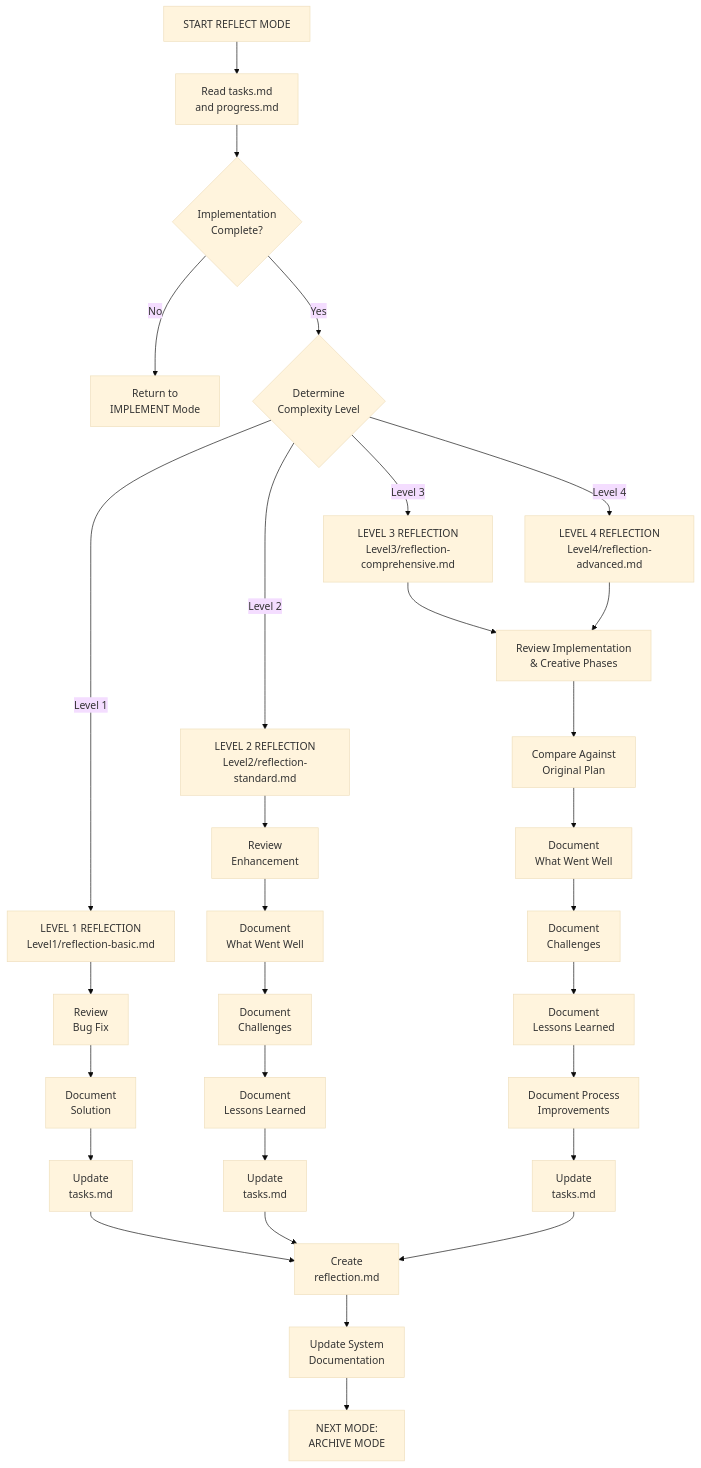
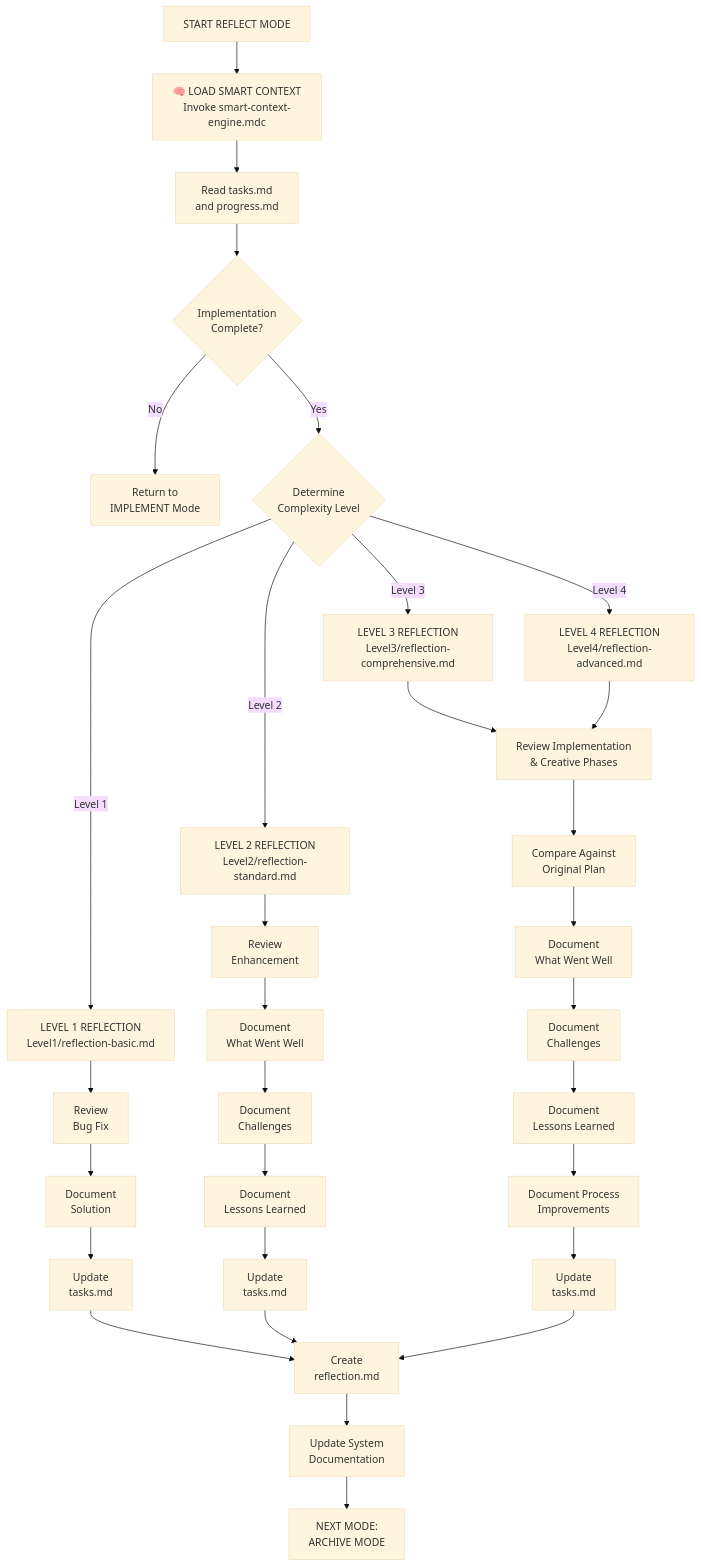
The first of 5 diagrams in .cursor/rules/isolation_rules/visual-maps/reflect-mode-map.mdc (joshmac007/fbo-launchpad-backend), drawn with Mermaid (base theme) before and after one commit. The commit also changed other lines of this file and 986 other files, not shown here.

````diff
--- a/.cursor/rules/isolation_rules/visual-maps/reflect-mode-map.mdc
+++ b/.cursor/rules/isolation_rules/visual-maps/reflect-mode-map.mdc
@@ -13,41 +12,42 @@
 ```mermaid
 graph TD
-    Start["START REFLECT MODE"] --> ReadTasks["Read tasks.md<br>and progress.md"]
+    Start["START REFLECT MODE"] --> SmartContextLoad["🧠 LOAD SMART CONTEXT<br>Invoke smart-context-engine.mdc"]
+    SmartContextLoad --> ReadTasks["Read tasks.md<br>and progress.md"]
     
     %% Initial Assessment
     ReadTasks --> VerifyImplement{"Implementation<br>Complete?"}
     VerifyImplement -->|"No"| ReturnImplement["Return to<br>IMPLEMENT Mode"]
     VerifyImplement -->|"Yes"| AssessLevel{"Determine<br>Complexity Level"}
     
     %% Level-Based Reflection
     AssessLevel -->|"Level 1"| L1Reflect["LEVEL 1 REFLECTION<br>Level1/reflection-basic.md"]
     AssessLevel -->|"Level 2"| L2Reflect["LEVEL 2 REFLECTION<br>Level2/reflection-standard.md"]
     AssessLevel -->|"Level 3"| L3Reflect["LEVEL 3 REFLECTION<br>Level3/reflection-comprehensive.md"]
     AssessLevel -->|"Level 4"| L4Reflect["LEVEL 4 REFLECTION<br>Level4/reflection-advanced.md"]
     
     %% Level 1 Reflection (Quick)
     L1Reflect --> L1Review["Review<br>Bug Fix"]
     L1Review --> L1Document["Document<br>Solution"]
     L1Document --> L1Update["Update<br>tasks.md"]
     
     %% Level 2 Reflection (Standard)
     L2Reflect --> L2Review["Review<br>Enhancement"]
     L2Review --> L2WWW["Document<br>What Went Well"]
     L2WWW --> L2Challenges["Document<br>Challenges"]
     L2Challenges --> L2Lessons["Document<br>Lessons Learned"]
     L2Lessons --> L2Update["Update<br>tasks.md"]
     
     %% Level 3-4 Reflection (Comprehensive)
     L3Reflect & L4Reflect --> L34Review["Review Implementation<br>& Creative Phases"]
     L34Review --> L34Plan["Compare Against<br>Original Plan"]
     L34Plan --> L34WWW["Document<br>What Went Well"]
     L34WWW --> L34Challenges["Document<br>Challenges"]
     L34Challenges --> L34Lessons["Document<br>Lessons Learned"]
     L34Lessons --> L34ImproveProcess["Document Process<br>Improvements"]
     L34ImproveProcess --> L34Update["Update<br>tasks.md"]
     
     %% Completion & Transition
     L1Update & L2Update & L34Update --> CreateReflection["Create<br>reflection.md"]
     CreateReflection --> UpdateSystem["Update System<br>Documentation"]
     UpdateSystem --> Transition["NEXT MODE:<br>ARCHIVE MODE"]
 ```
````
